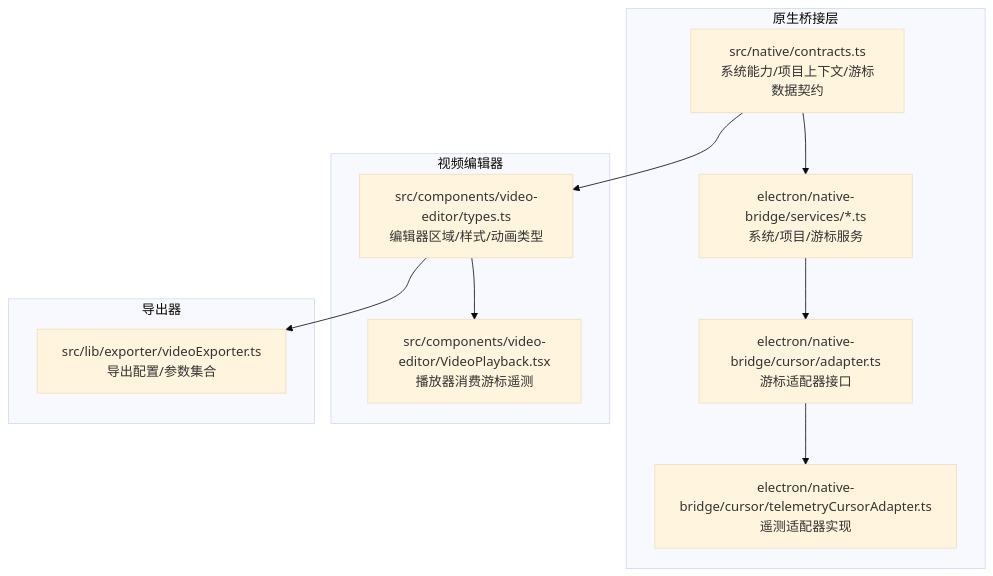
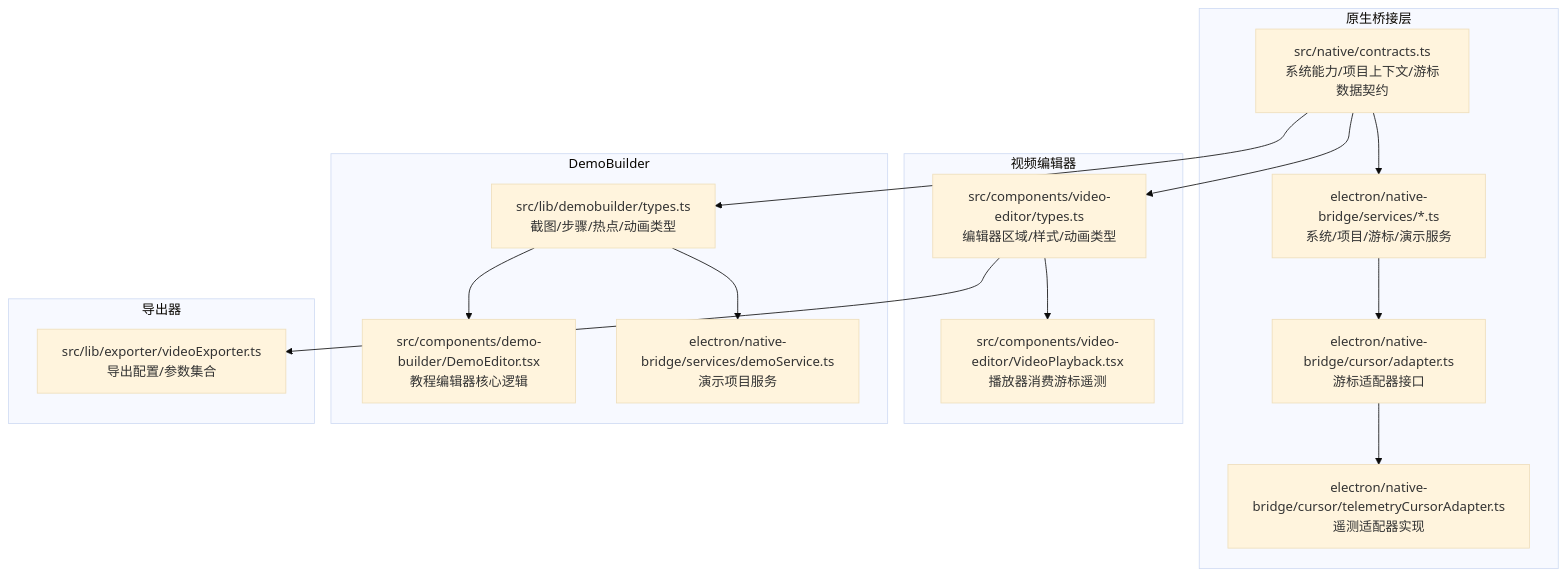
The first of 7 diagrams in .qoder/repowiki/zh/content/API参考/数据类型与接口.md (zhanggmin/openscreen), drawn with Mermaid (base theme) before and after one commit. The commit also changed other lines of this file and 87 other files, not shown here.

````diff
--- a/.qoder/repowiki/zh/content/API参考/数据类型与接口.md
+++ b/.qoder/repowiki/zh/content/API参考/数据类型与接口.md
@@ -45,22 +58,30 @@
 ```mermaid
 graph TB
 subgraph "原生桥接层"
 A["src/native/contracts.ts<br/>系统能力/项目上下文/游标数据契约"]
-B["electron/native-bridge/services/*.ts<br/>系统/项目/游标服务"]
+B["electron/native-bridge/services/*.ts<br/>系统/项目/游标/演示服务"]
 C["electron/native-bridge/cursor/adapter.ts<br/>游标适配器接口"]
 D["electron/native-bridge/cursor/telemetryCursorAdapter.ts<br/>遥测适配器实现"]
 end
 subgraph "视频编辑器"
 E["src/components/video-editor/types.ts<br/>编辑器区域/样式/动画类型"]
 F["src/components/video-editor/VideoPlayback.tsx<br/>播放器消费游标遥测"]
 end
+subgraph "DemoBuilder"
+G["src/lib/demobuilder/types.ts<br/>截图/步骤/热点/动画类型"]
+H["src/components/demo-builder/DemoEditor.tsx<br/>教程编辑器核心逻辑"]
+I["electron/native-bridge/services/demoService.ts<br/>演示项目服务"]
+end
 subgraph "导出器"
-G["src/lib/exporter/videoExporter.ts<br/>导出配置/参数集合"]
+J["src/lib/exporter/videoExporter.ts<br/>导出配置/参数集合"]
 end
 A --> B
 B --> C
 C --> D
 A --> E
 E --> F
-E --> G
+A --> G
+G --> H
+G --> I
+E --> J
 ```
````
